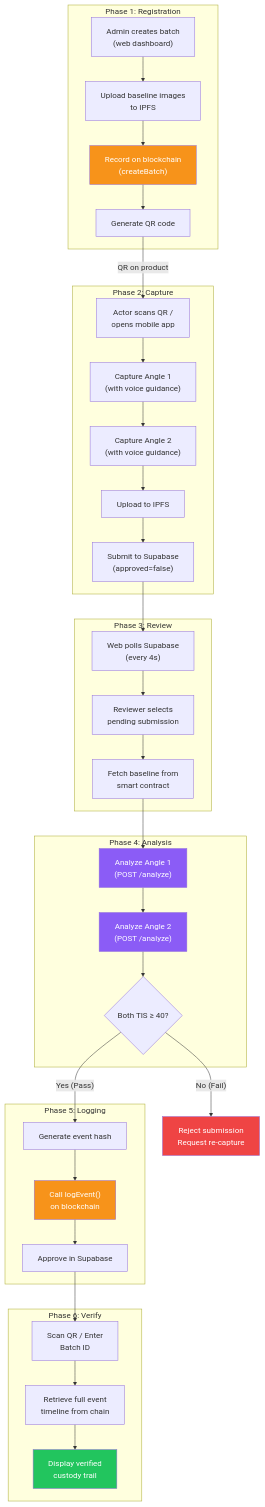
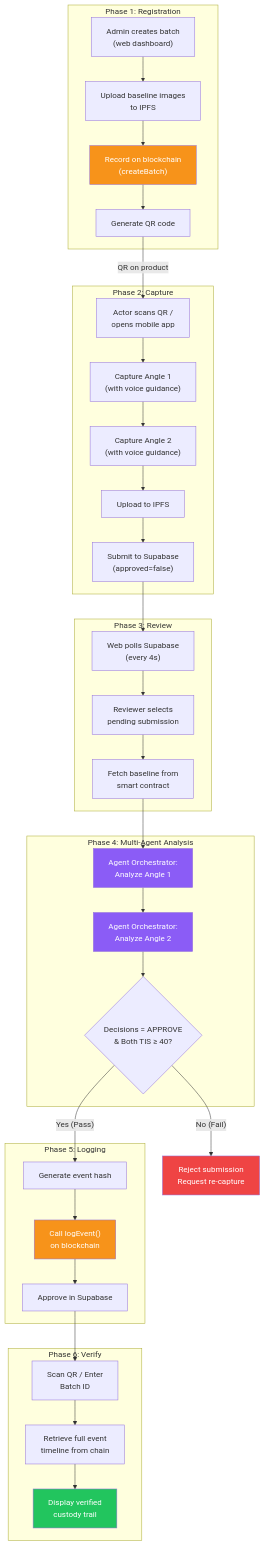
The eighth of 8 diagrams in METHODOLOGY.md (jmt-genius/boxity), drawn with Mermaid before and after one commit. The commit also changed other lines of this file, not shown here.

````diff
--- a/METHODOLOGY.md
+++ b/METHODOLOGY.md
@@ -465,57 +472,57 @@
 ```mermaid
 flowchart TD
     subgraph "Phase 1: Registration"
         P1A["Admin creates batch<br/>(web dashboard)"]
         P1B["Upload baseline images<br/>to IPFS"]
         P1C["Record on blockchain<br/>(createBatch)"]
         P1D["Generate QR code"]
     end
 
     subgraph "Phase 2: Capture"
         P2A["Actor scans QR /<br/>opens mobile app"]
         P2B["Capture Angle 1<br/>(with voice guidance)"]
         P2C["Capture Angle 2<br/>(with voice guidance)"]
         P2D["Upload to IPFS"]
         P2E["Submit to Supabase<br/>(approved=false)"]
     end
 
     subgraph "Phase 3: Review"
         P3A["Web polls Supabase<br/>(every 4s)"]
         P3B["Reviewer selects<br/>pending submission"]
         P3C["Fetch baseline from<br/>smart contract"]
     end
 
-    subgraph "Phase 4: Analysis"
-        P4A["Analyze Angle 1<br/>(POST /analyze)"]
-        P4B["Analyze Angle 2<br/>(POST /analyze)"]
-        P4C{"Both TIS ≥ 40?"}
+    subgraph "Phase 4: Multi-Agent Analysis"
+        P4A["Agent Orchestrator:<br/>Analyze Angle 1"]
+        P4B["Agent Orchestrator:<br/>Analyze Angle 2"]
+        P4C{"Decisions = APPROVE<br/>& Both TIS ≥ 40?"}
     end
 
     subgraph "Phase 5: Logging"
         P5A["Generate event hash"]
         P5B["Call logEvent()<br/>on blockchain"]
         P5C["Approve in Supabase"]
     end
 
     subgraph "Phase 6: Verify"
         P6A["Scan QR / Enter<br/>Batch ID"]
         P6B["Retrieve full event<br/>timeline from chain"]
         P6C["Display verified<br/>custody trail"]
     end
 
     P1A --> P1B --> P1C --> P1D
     P1D -->|"QR on product"| P2A
     P2A --> P2B --> P2C --> P2D --> P2E
     P2E --> P3A --> P3B --> P3C
     P3C --> P4A --> P4B --> P4C
     P4C -->|"Yes (Pass)"| P5A --> P5B --> P5C
     P4C -->|"No (Fail)"| REJECT["Reject submission<br/>Request re-capture"]
     P5C --> P6A --> P6B --> P6C
 
     style P1C fill:#F7931A,color:#fff
     style P4A fill:#8B5CF6,color:#fff
     style P4B fill:#8B5CF6,color:#fff
     style P5B fill:#F7931A,color:#fff
     style REJECT fill:#EF4444,color:#fff
     style P6C fill:#22C55E,color:#fff
 ```
````
